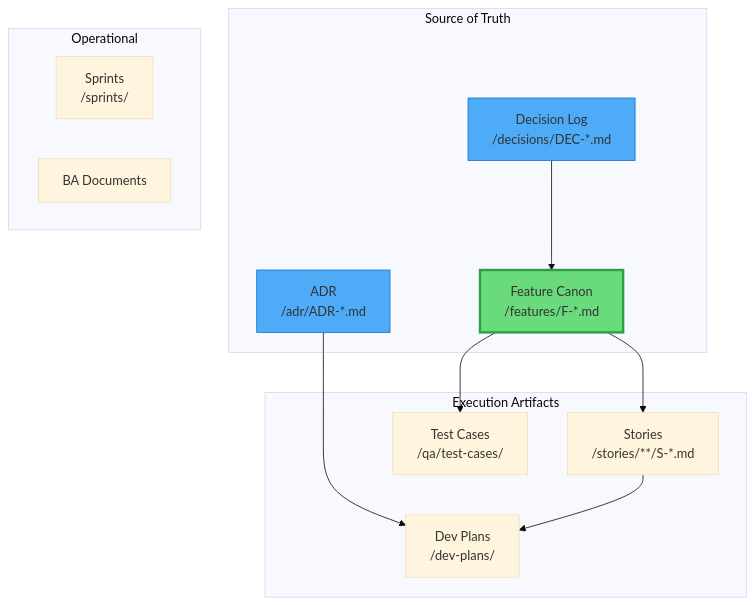
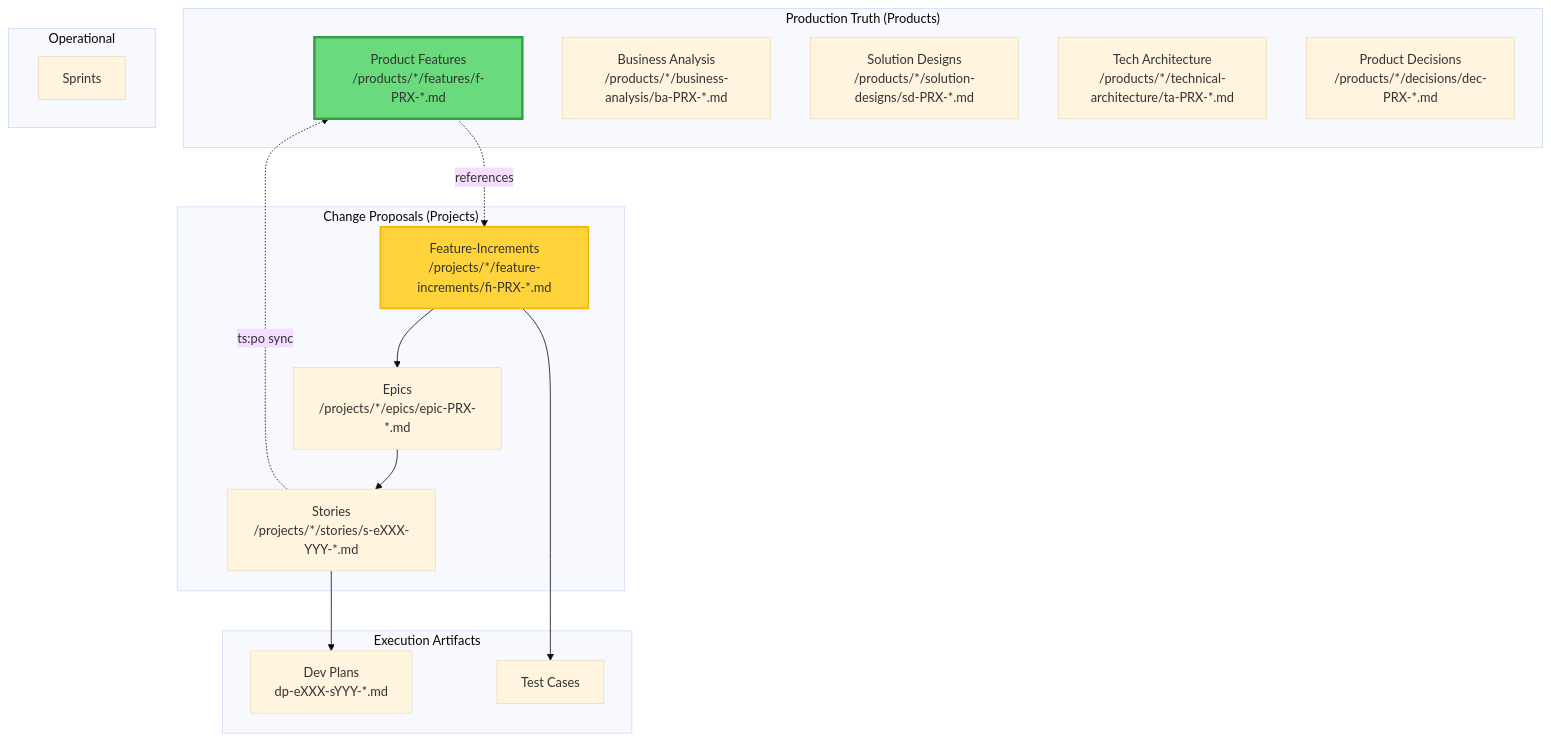
Before and after one commit to Pieter2406/TeamSpec-V2: the diagram in cli/teamspec-core/agents/AGENT_BOOTSTRAP.md, drawn with Mermaid (base theme). The commit also changed other lines of this file and 44 other files, not shown here.

Commit message:
Fix dev plan naming to dp-eNNN-sYYY

````diff
--- a/cli/teamspec-core/agents/AGENT_BOOTSTRAP.md
+++ b/cli/teamspec-core/agents/AGENT_BOOTSTRAP.md
@@ -36,29 +40,35 @@
 ```mermaid
 flowchart TD
-    subgraph "Source of Truth"
-        FC["Feature Canon<br/>/features/F-*.md"]
-        DEC["Decision Log<br/>/decisions/DEC-*.md"]
-        ADR["ADR<br/>/adr/ADR-*.md"]
+    subgraph "Production Truth (Products)"
+        PF["Product Features<br/>/products/*/features/f-PRX-*.md"]
+        PBA["Business Analysis<br/>/products/*/business-analysis/ba-PRX-*.md"]
+        PSD["Solution Designs<br/>/products/*/solution-designs/sd-PRX-*.md"]
+        PTA["Tech Architecture<br/>/products/*/technical-architecture/ta-PRX-*.md"]
+        PDEC["Product Decisions<br/>/products/*/decisions/dec-PRX-*.md"]
+    end
+    
+    subgraph "Change Proposals (Projects)"
+        FI["Feature-Increments<br/>/projects/*/feature-increments/fi-PRX-*.md"]
+        EPIC["Epics<br/>/projects/*/epics/epic-PRX-*.md"]
+        STORY["Stories<br/>/projects/*/stories/s-eXXX-YYY-*.md"]
     end
     
     subgraph "Execution Artifacts"
-        STORY["Stories<br/>/stories/**/S-*.md"]
-        DEV["Dev Plans<br/>/dev-plans/"]
-        TEST["Test Cases<br/>/qa/test-cases/"]
+        DEV["Dev Plans<br/>dp-eXXX-sYYY-*.md"]
+        TEST["Test Cases"]
     end
     
     subgraph "Operational"
-        SPRINT["Sprints<br/>/sprints/"]
-        BA["BA Documents"]
+        SPRINT["Sprints"]
     end
     
-    FC --> STORY
-    FC --> TEST
-    DEC --> FC
-    ADR --> DEV
+    PF -.->|references| FI
+    FI --> EPIC
+    EPIC --> STORY
     STORY --> DEV
+    FI --> TEST
+    STORY -.->|ts:po sync| PF
     
-    style FC fill:#69db7c,stroke:#2f9e44,stroke-width:3px
-    style DEC fill:#4dabf7,stroke:#1971c2
-    style ADR fill:#4dabf7,stroke:#1971c2
+    style PF fill:#69db7c,stroke:#2f9e44,stroke-width:3px
+    style FI fill:#ffd43b,stroke:#fab005,stroke-width:2px
 ```
````
